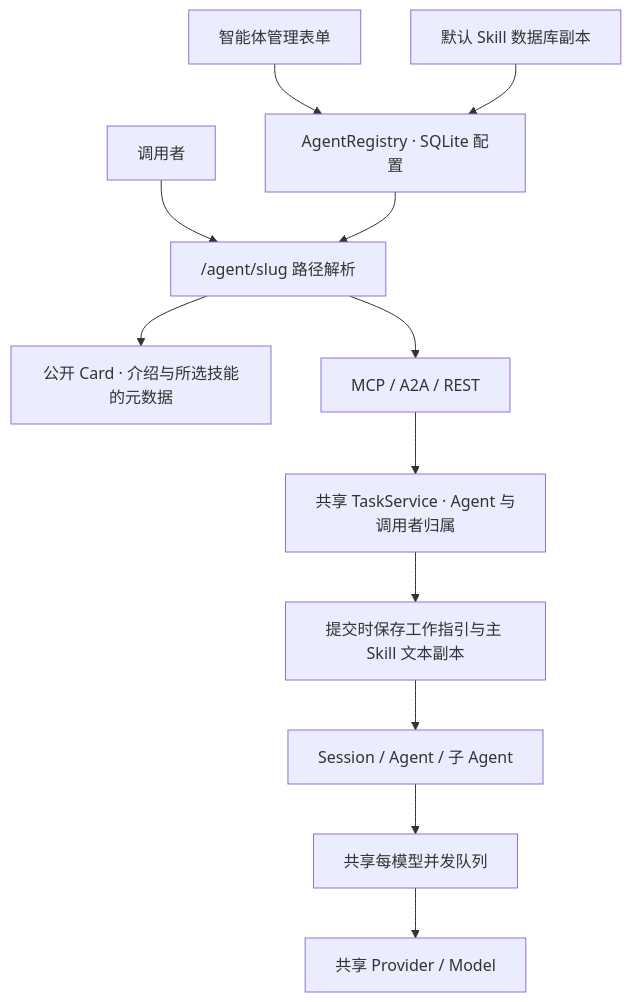
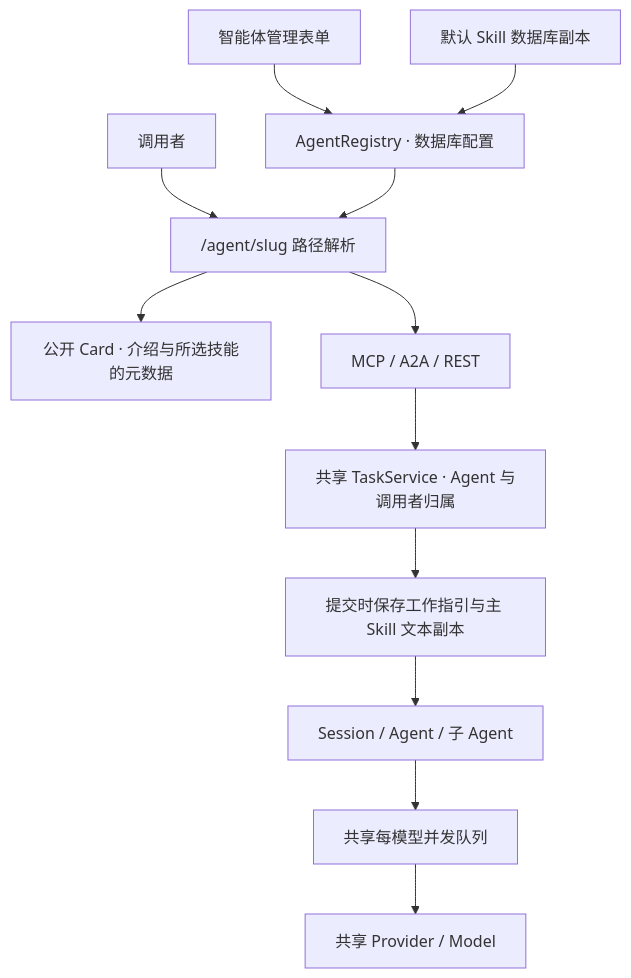
Before and after one commit to umeiko/UmEkO: the diagram in docs/architecture/agents.md, drawn with Mermaid. The commit also changed 36 other files, not shown here.

````diff
--- a/docs/architecture/agents.md
+++ b/docs/architecture/agents.md
@@ -9,14 +9,14 @@
 ```mermaid
 flowchart TB
-    Admin[智能体管理表单] --> Registry[AgentRegistry · SQLite 配置]
+    Admin[智能体管理表单] --> Registry[AgentRegistry · 数据库配置]
     Defaults[默认 Skill 数据库副本] --> Registry
     Caller[调用者] --> Path["/agent/slug 路径解析"]
     Registry --> Path
     Path --> Card[公开 Card · 介绍与所选技能的元数据]
     Path --> Protocols[MCP / A2A / REST]
     Protocols --> Tasks[共享 TaskService · Agent 与调用者归属]
     Tasks --> Snapshot[提交时保存工作指引与主 Skill 文本副本]
     Snapshot --> Engine[Session / Agent / 子 Agent]
     Engine --> Queue[共享每模型并发队列]
     Queue --> Models[共享 Provider / Model]
 ```
````
